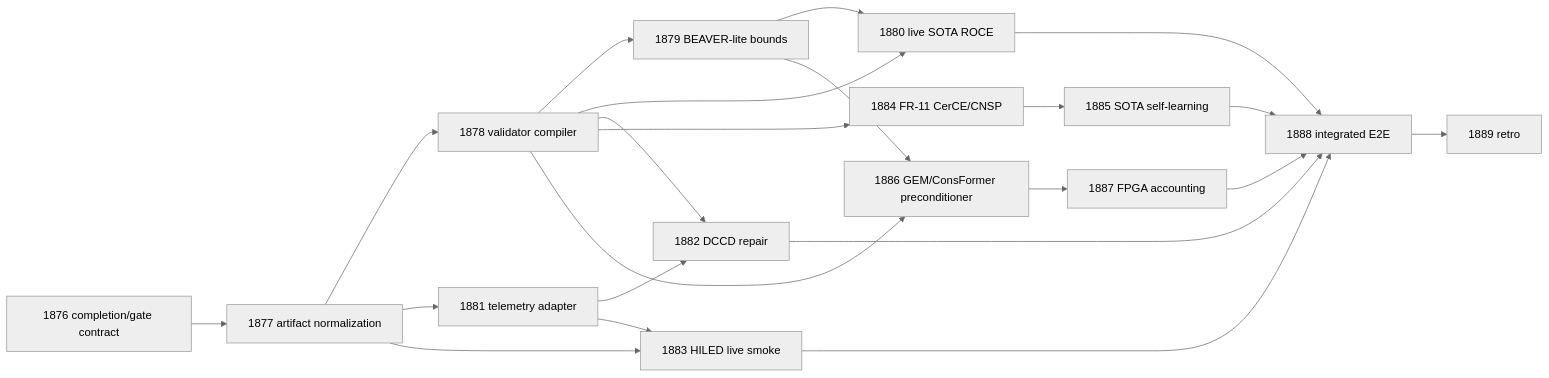
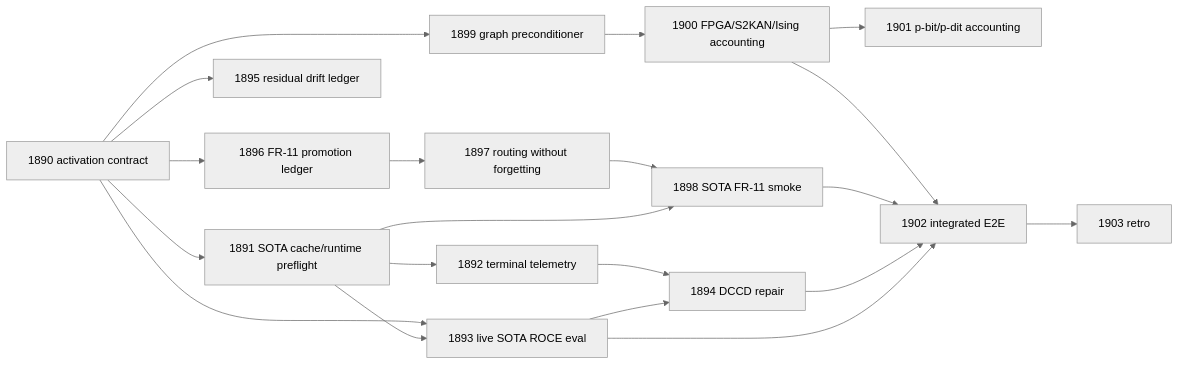
The second of 2 diagrams in openspec/change-proposals/research-roadmap-vNEXT.md (Carnot-EBM/carnot-ebm), drawn with Mermaid (neutral theme) before and after one commit. The commit also changed other lines of this file and 2 other files, not shown here.

````diff
--- a/openspec/change-proposals/research-roadmap-vNEXT.md
+++ b/openspec/change-proposals/research-roadmap-vNEXT.md
@@ -82,24 +85,22 @@
 ```mermaid
 flowchart LR
-    E1876[1876 completion/gate contract] --> E1877[1877 artifact normalization]
-    E1877 --> E1878[1878 validator compiler]
-    E1878 --> E1879[1879 BEAVER-lite bounds]
-    E1878 --> E1880[1880 live SOTA ROCE]
-    E1879 --> E1880
-    E1877 --> E1881[1881 telemetry adapter]
-    E1878 --> E1882[1882 DCCD repair]
-    E1881 --> E1882
-    E1877 --> E1883[1883 HILED live smoke]
-    E1881 --> E1883
-    E1878 --> E1884[1884 FR-11 CerCE/CNSP]
-    E1884 --> E1885[1885 SOTA self-learning]
-    E1878 --> E1886[1886 GEM/ConsFormer preconditioner]
-    E1879 --> E1886
-    E1886 --> E1887[1887 FPGA accounting]
-    E1880 --> E1888[1888 integrated E2E]
-    E1882 --> E1888
-    E1883 --> E1888
-    E1885 --> E1888
-    E1887 --> E1888
-    E1888 --> E1889[1889 retro]
+    E1890[1890 activation contract] --> E1891[1891 SOTA cache/runtime preflight]
+    E1891 --> E1892[1892 terminal telemetry]
+    E1891 --> E1893[1893 live SOTA ROCE eval]
+    E1890 --> E1893
+    E1893 --> E1894[1894 DCCD repair]
+    E1892 --> E1894
+    E1890 --> E1895[1895 residual drift ledger]
+    E1890 --> E1896[1896 FR-11 promotion ledger]
+    E1896 --> E1897[1897 routing without forgetting]
+    E1891 --> E1898[1898 SOTA FR-11 smoke]
+    E1897 --> E1898
+    E1890 --> E1899[1899 graph preconditioner]
+    E1899 --> E1900[1900 FPGA/S2KAN/Ising accounting]
+    E1900 --> E1901[1901 p-bit/p-dit accounting]
+    E1893 --> E1902[1902 integrated E2E]
+    E1894 --> E1902
+    E1898 --> E1902
+    E1900 --> E1902
+    E1902 --> E1903[1903 retro]
 ```
````
